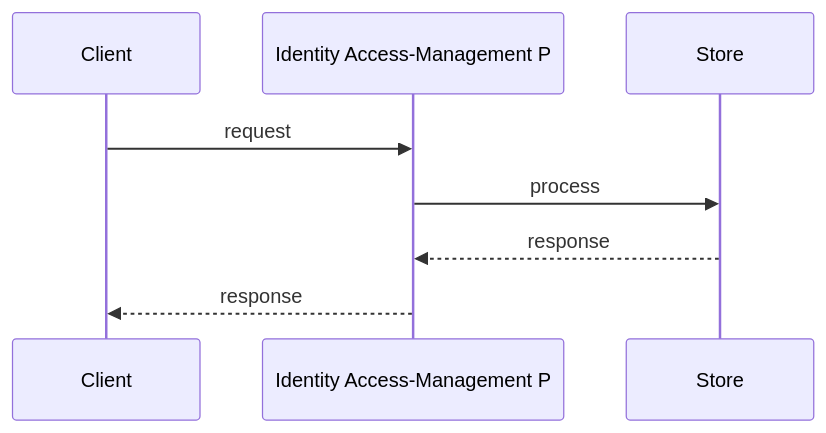
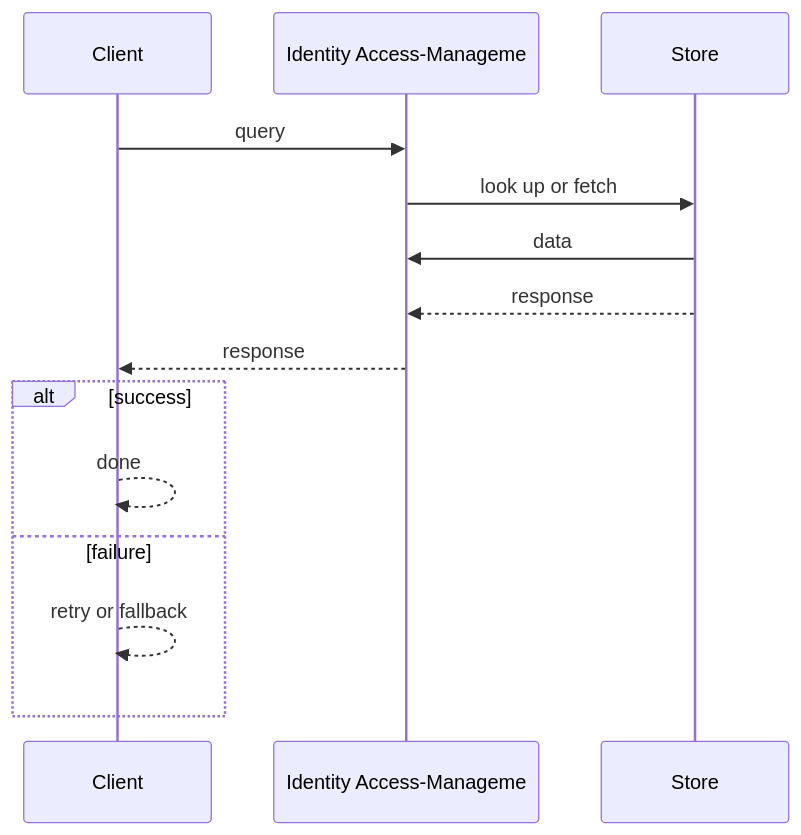
One commit to RIT-MESH/system-design-mastery changed the second of 3 diagrams in case-studies/advanced/iam-platform.md. Above: the diagram before and after it, drawn with Mermaid. The commit also changed other lines of this file and 215 other files, not shown here.

First line of the commit message:
Complete all remaining work: expand case studies, add 13 AI case studies, fix diagrams, status to Complete

````diff
--- a/case-studies/advanced/iam-platform.md
+++ b/case-studies/advanced/iam-platform.md
@@ -127,11 +154,17 @@
 ```mermaid
 %% created-for: system-design-mastery
 sequenceDiagram
   participant P0 as Client
-  participant P1 as Identity Access-Management P
+  participant P1 as Identity Access-Manageme
   participant P2 as Store
-  P0 ->> P1: request
-  P1 ->> P2: process
+  P0 ->> P1: query
+  P1 ->> P2: look up or fetch
+  P2 ->> P1: data
   P2 -->> P1: response
   P1 -->> P0: response
+  alt success
+    P0 -->> P0: done
+  else failure
+    P0 -->> P0: retry or fallback
+  end
 ```
````
